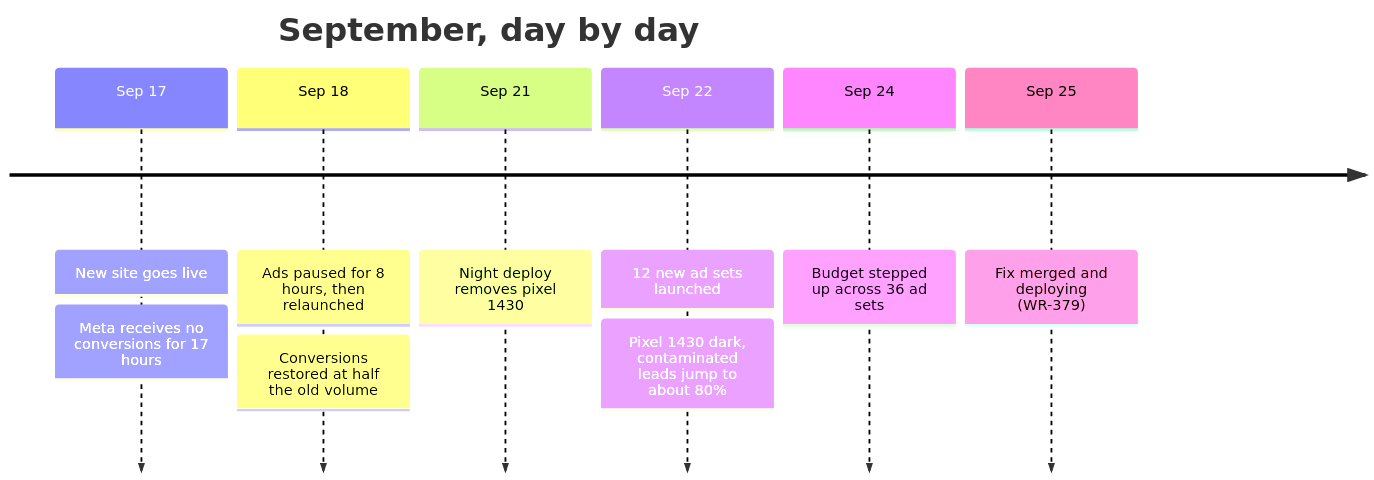
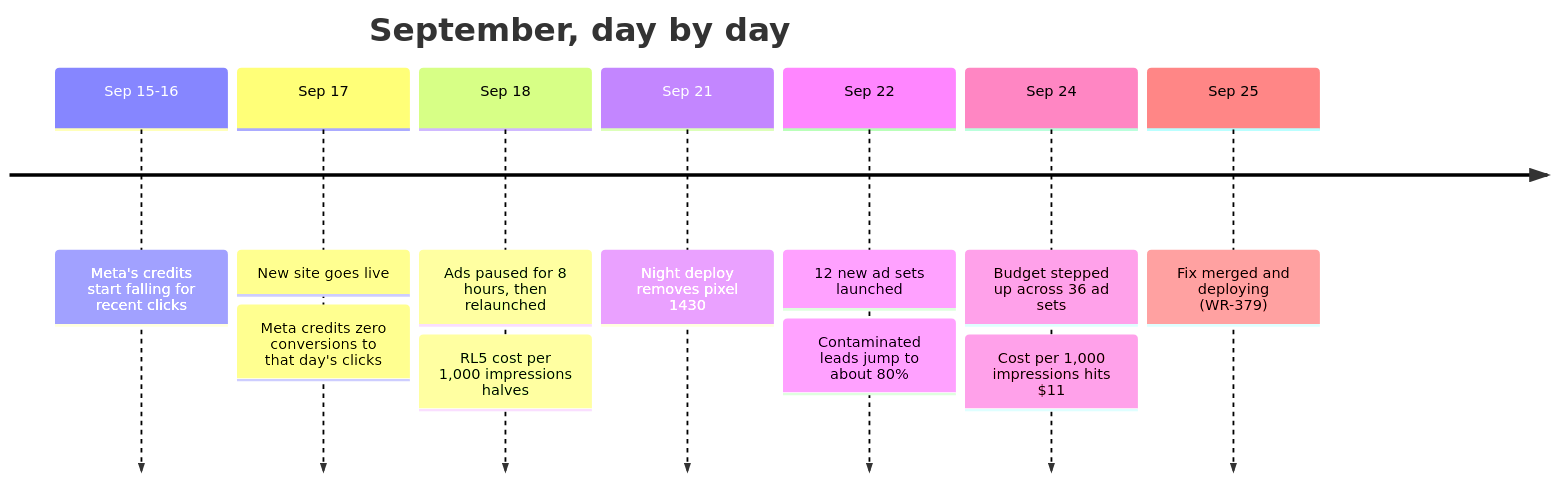
One commit to Remote-Leverage/remote-leverage-website-modernization changed the sixth of 6 diagrams in web/app/themes/remote-leverage/docs/booking-rate-ceo-brief-2026-09-25.md. Above: the diagram before and after it, drawn with Mermaid. The commit also changed other lines of this file and 1 other file, not shown here.

Commit message:
docs: correct the booking-rate root cause - ads optimise on custom conversion 1361, not pixel 1430

````diff
--- a/web/app/themes/remote-leverage/docs/booking-rate-ceo-brief-2026-09-25.md
+++ b/web/app/themes/remote-leverage/docs/booking-rate-ceo-brief-2026-09-25.md
@@ -90,13 +100,15 @@
 ```mermaid
 timeline
     title September, day by day
+    Sep 15-16 : Meta's credits start falling for recent clicks
     Sep 17 : New site goes live
-           : Meta receives no conversions for 17 hours
+           : Meta credits zero conversions to that day's clicks
     Sep 18 : Ads paused for 8 hours, then relaunched
-           : Conversions restored at half the old volume
+           : RL5 cost per 1,000 impressions halves
     Sep 21 : Night deploy removes pixel 1430
     Sep 22 : 12 new ad sets launched
-           : Pixel 1430 dark, contaminated leads jump to about 80%
+           : Contaminated leads jump to about 80%
     Sep 24 : Budget stepped up across 36 ad sets
+           : Cost per 1,000 impressions hits $11
     Sep 25 : Fix merged and deploying (WR-379)
 ```
````
